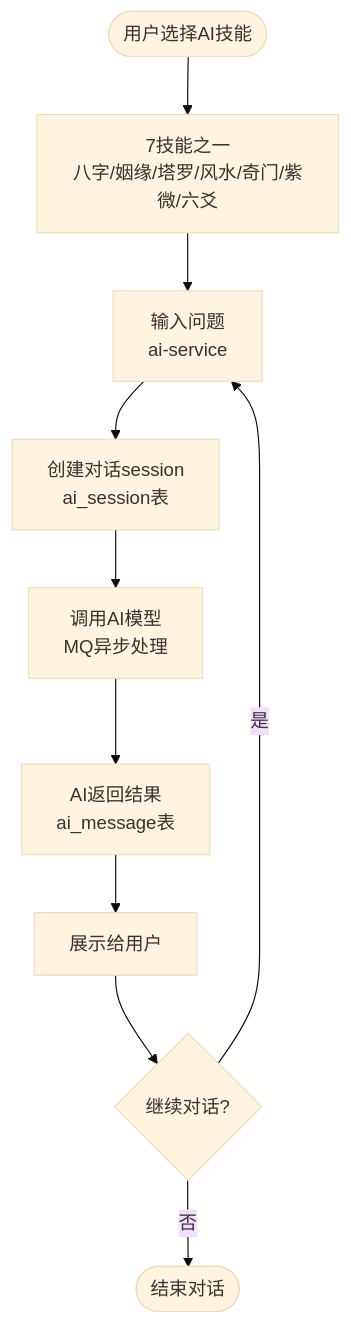
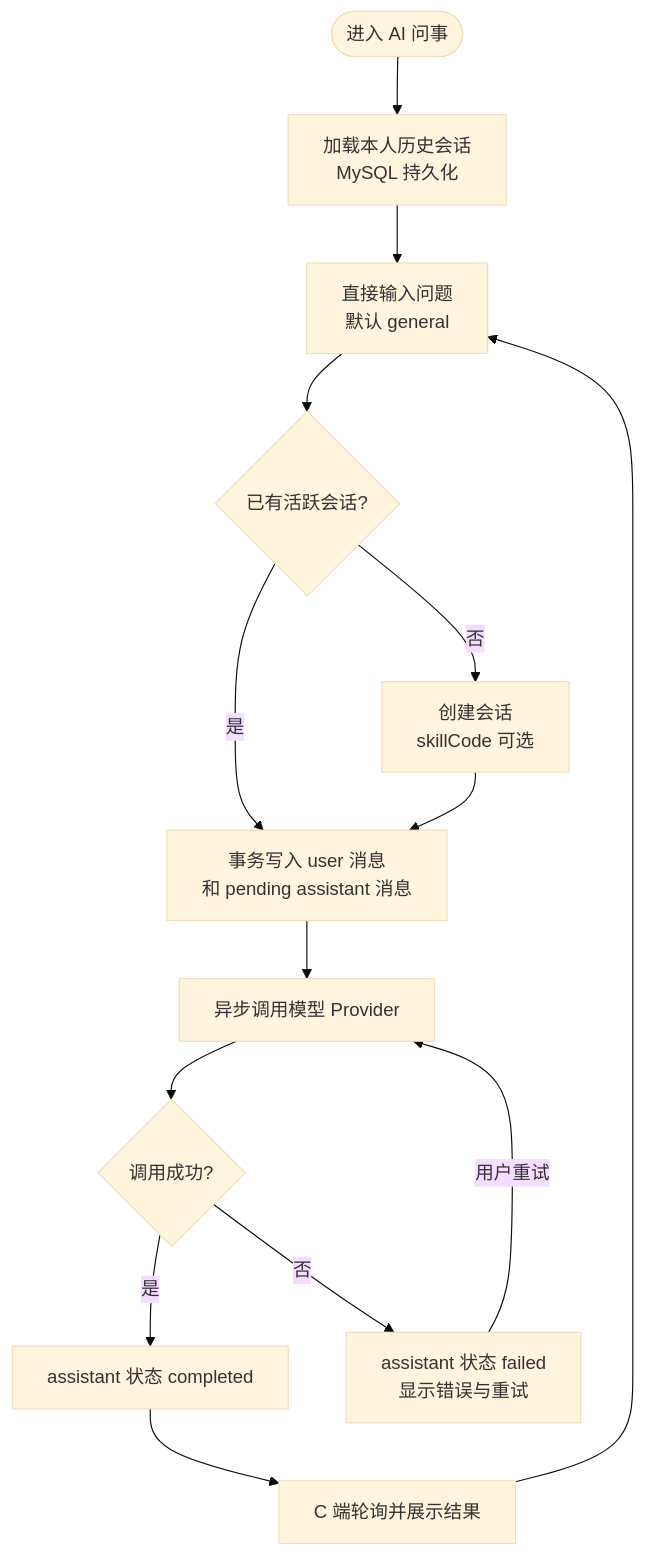
Diagram 11 of 11 in docs/architecture/业务流程.md (askxuan-dongfang/askxuan-docs), drawn with Mermaid (base theme) before and after one commit. The commit also changed 5 other files, not shown here.

````diff
--- a/docs/architecture/业务流程.md
+++ b/docs/architecture/业务流程.md
@@ -386,12 +386,16 @@
 ```mermaid
 flowchart TD
-    Start([用户选择AI技能]) --> Select[7技能之一<br/>八字/姻缘/塔罗/风水/奇门/紫微/六爻]
-    Select --> Input[输入问题<br/>ai-service]
-    Input --> CreateSession[创建对话session<br/>ai_session表]
-    CreateSession --> CallAI[调用AI模型<br/>MQ异步处理]
-    CallAI --> Response[AI返回结果<br/>ai_message表]
-    Response --> Display[展示给用户]
-    Display --> Continue{继续对话?}
-    Continue -->|是| Input
-    Continue -->|否| End([结束对话])
+    Start([进入 AI 问事]) --> History[加载本人历史会话<br/>MySQL 持久化]
+    History --> Input[直接输入问题<br/>默认 general]
+    Input --> Session{已有活跃会话?}
+    Session -->|否| Create[创建会话<br/>skillCode 可选]
+    Session -->|是| Save
+    Create --> Save[事务写入 user 消息<br/>和 pending assistant 消息]
+    Save --> Provider[异步调用模型 Provider]
+    Provider --> Result{调用成功?}
+    Result -->|是| Done[assistant 状态 completed]
+    Result -->|否| Failed[assistant 状态 failed<br/>显示错误与重试]
+    Failed -->|用户重试| Provider
+    Done --> Poll[C 端轮询并展示结果]
+    Poll --> Input
 ```
````
